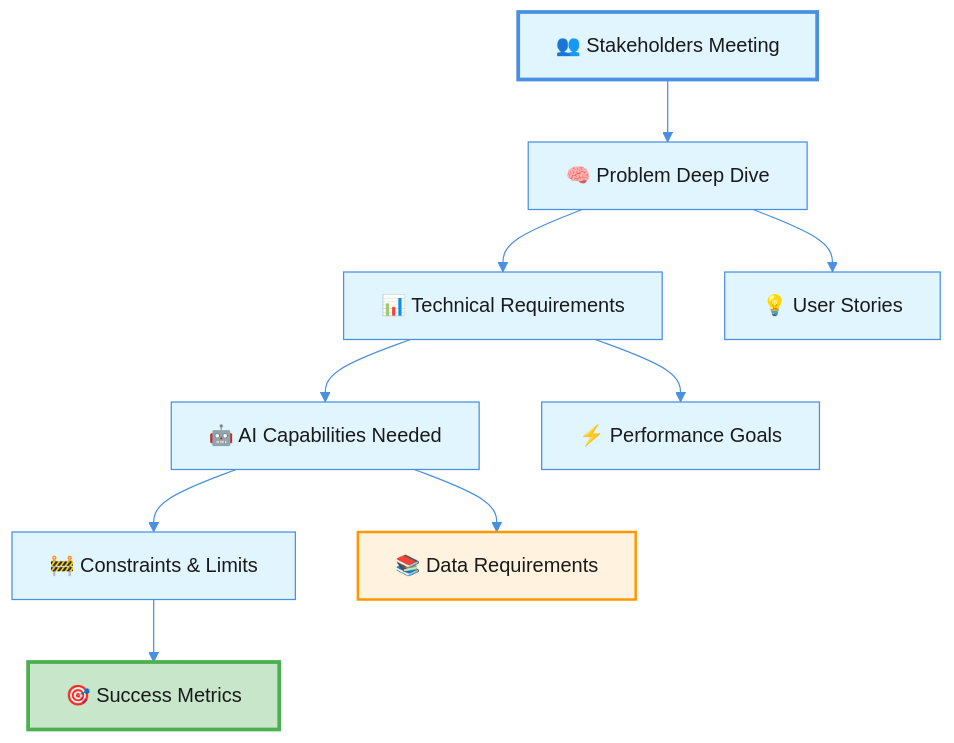
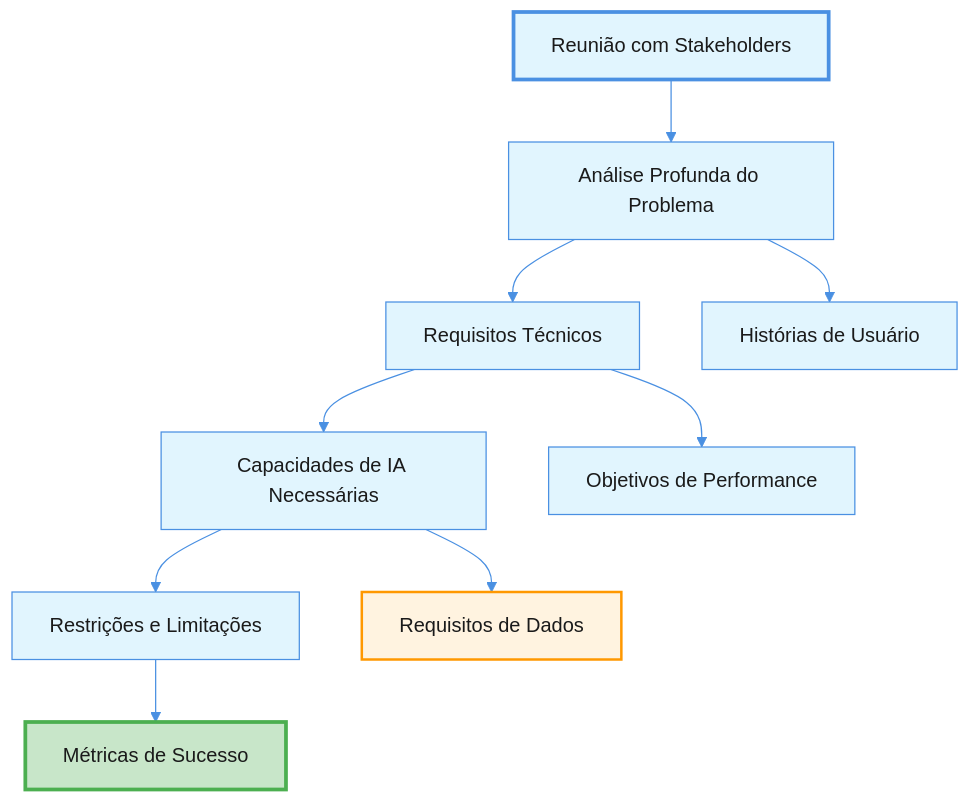
The fourth of 20 diagrams in README.md (solanisdev/solar), drawn with Mermaid before and after one commit. The commit also changed other lines of this file, not shown here.

````diff
--- a/README.md
+++ b/README.md
@@ -159,17 +155,17 @@
 ```mermaid
 %%{init: {'theme':'base', 'themeVariables': {'primaryColor':'#E1F5FE','primaryTextColor':'#1a1a1a','primaryBorderColor':'#4A90E2','lineColor':'#4A90E2','secondaryColor':'#B3E5FC','tertiaryColor':'#E3F2FD'}}}%%
 flowchart TD
-    A[👥 Stakeholders Meeting] --> B[🧠 Problem Deep Dive]
-    B --> C[📊 Technical Requirements]
-    C --> D[🤖 AI Capabilities Needed]
-    D --> E[🚧 Constraints & Limits]
-    E --> F[🎯 Success Metrics]
+    A[Reunião com Stakeholders] --> B[Análise Profunda do Problema]
+    B --> C[Requisitos Técnicos]
+    C --> D[Capacidades de IA Necessárias]
+    D --> E[Restrições e Limitações]
+    E --> F[Métricas de Sucesso]
     
-    B --> G[💡 User Stories]
-    C --> H[⚡ Performance Goals]
-    D --> I[📚 Data Requirements]
+    B --> G[Histórias de Usuário]
+    C --> H[Objetivos de Performance]
+    D --> I[Requisitos de Dados]
     
     style A fill:#E1F5FE,stroke:#4A90E2,stroke-width:3px
     style F fill:#C8E6C9,stroke:#4CAF50,stroke-width:3px
     style I fill:#FFF3E0,stroke:#FF9800,stroke-width:2px
 ```
````
